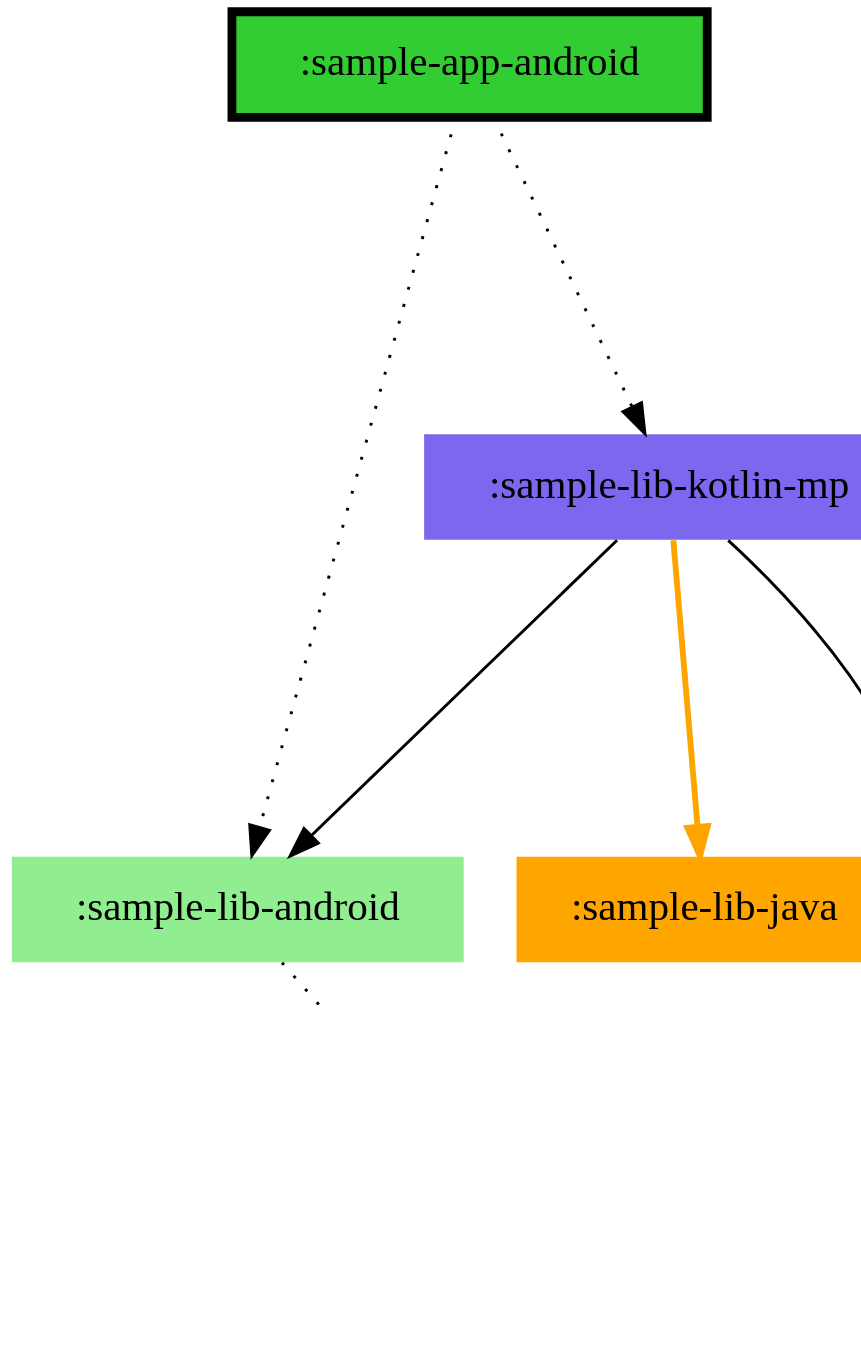
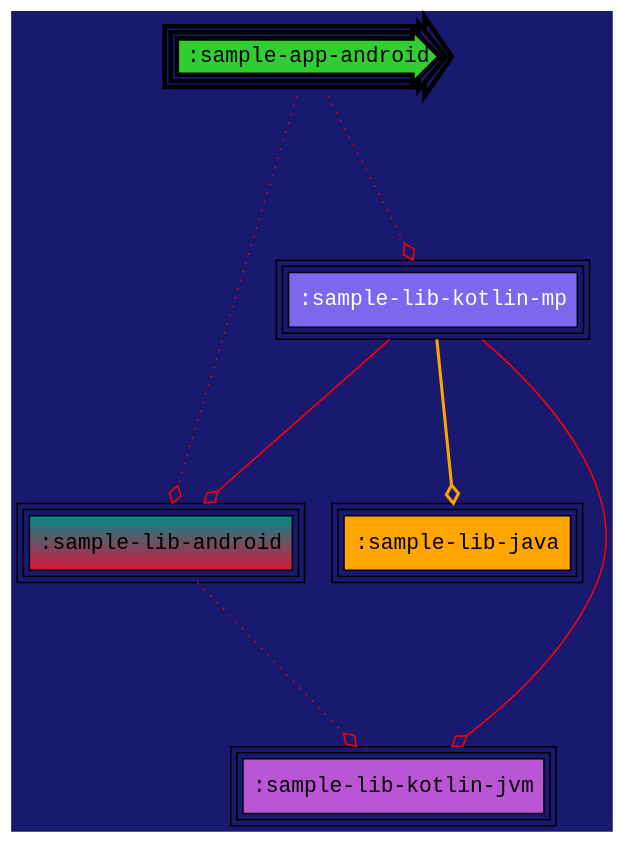
The diagram in samples/sample-graphviz/sample-app-android/modular/chart.dot (jonapoul/atlas), drawn with Graphviz before and after one commit. The commit also changed 52 other files, not shown here.

Commit message:
Add better graphviz attributes  (#262)

```diff
--- a/samples/sample-graphviz/sample-app-android/modular/chart.dot
+++ b/samples/sample-graphviz/sample-app-android/modular/chart.dot
@@ -1,16 +1,16 @@
 digraph {
-  edge [arrowhead="normal",arrowtail="none"]
-  graph [bgcolor="transparent",dpi="100",fontsize="30",layout="dot",ranksep="1.5",rankdir="TB"]
-  node [style="filled"]
-  ":sample-app-android" [shape="box",penwidth="3",fillcolor="limegreen"]
-  ":sample-lib-android" [shape="none",fillcolor="lightgreen"]
-  ":sample-lib-java" [shape="none",fillcolor="orange"]
-  ":sample-lib-kotlin-jvm" [shape="none",fillcolor="mediumorchid"]
-  ":sample-lib-kotlin-mp" [shape="none",fillcolor="mediumslateblue"]
+  edge [arrowhead="ediamond",arrowtail="none",color="red",labelfloat="true",fontcolor="lime"]
+  graph [layout="dot",bgcolor="MidnightBlue",fontsize="30",rankdir="TB",ranksep="1.5"]
+  node [fontname="Courier New",peripheries="3",style="filled",shape="box"]
+  ":sample-app-android" [penwidth="3",shape="rarrow",style="radial",fillcolor="limegreen"]
+  ":sample-lib-android" [gradientangle="90",fillcolor="crimson:cyan4"]
+  ":sample-lib-java" [fillcolor="orange"]
+  ":sample-lib-kotlin-jvm" [fillcolor="mediumorchid"]
+  ":sample-lib-kotlin-mp" [fontcolor="white",fillcolor="mediumslateblue"]
   ":sample-app-android" -> ":sample-lib-android" [style="dotted"]
   ":sample-app-android" -> ":sample-lib-kotlin-mp" [style="dotted"]
   ":sample-lib-android" -> ":sample-lib-kotlin-jvm" [style="dotted"]
   ":sample-lib-kotlin-mp" -> ":sample-lib-android" [style="solid"]
   ":sample-lib-kotlin-mp" -> ":sample-lib-java" [style="bold",color="orange"]
   ":sample-lib-kotlin-mp" -> ":sample-lib-kotlin-jvm" [style="solid"]
 }
```
